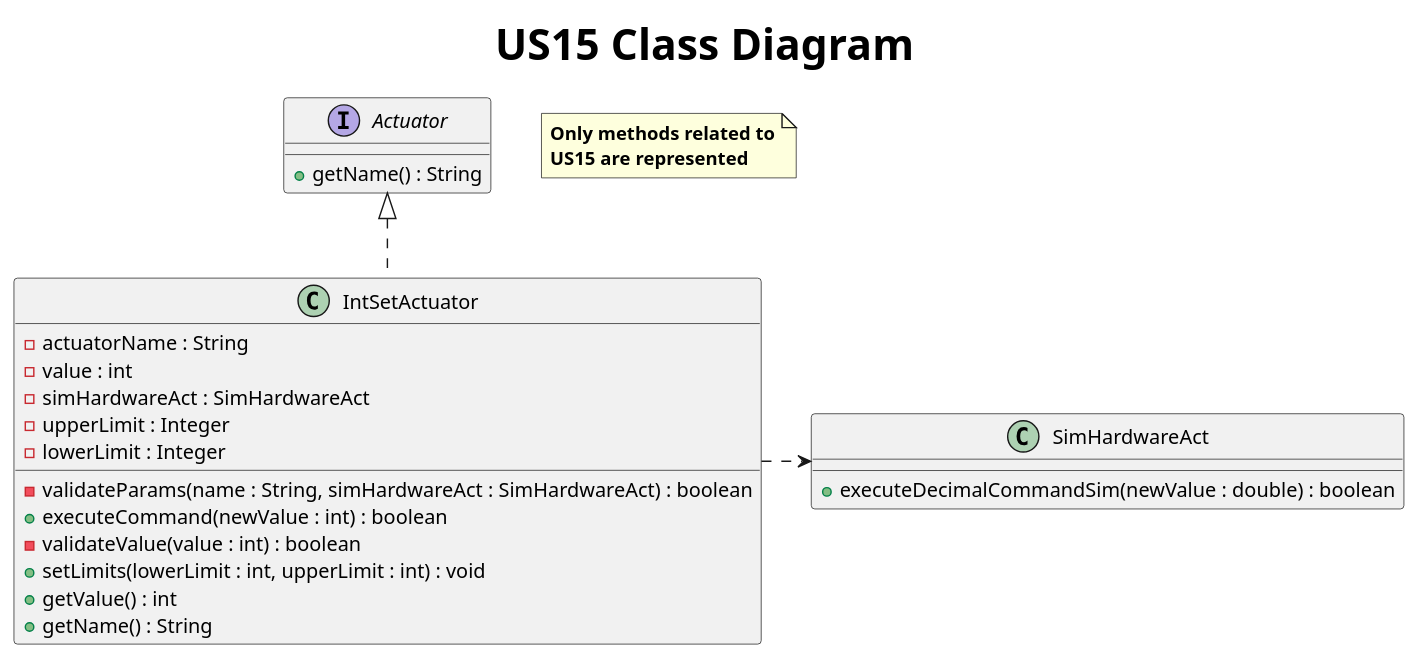
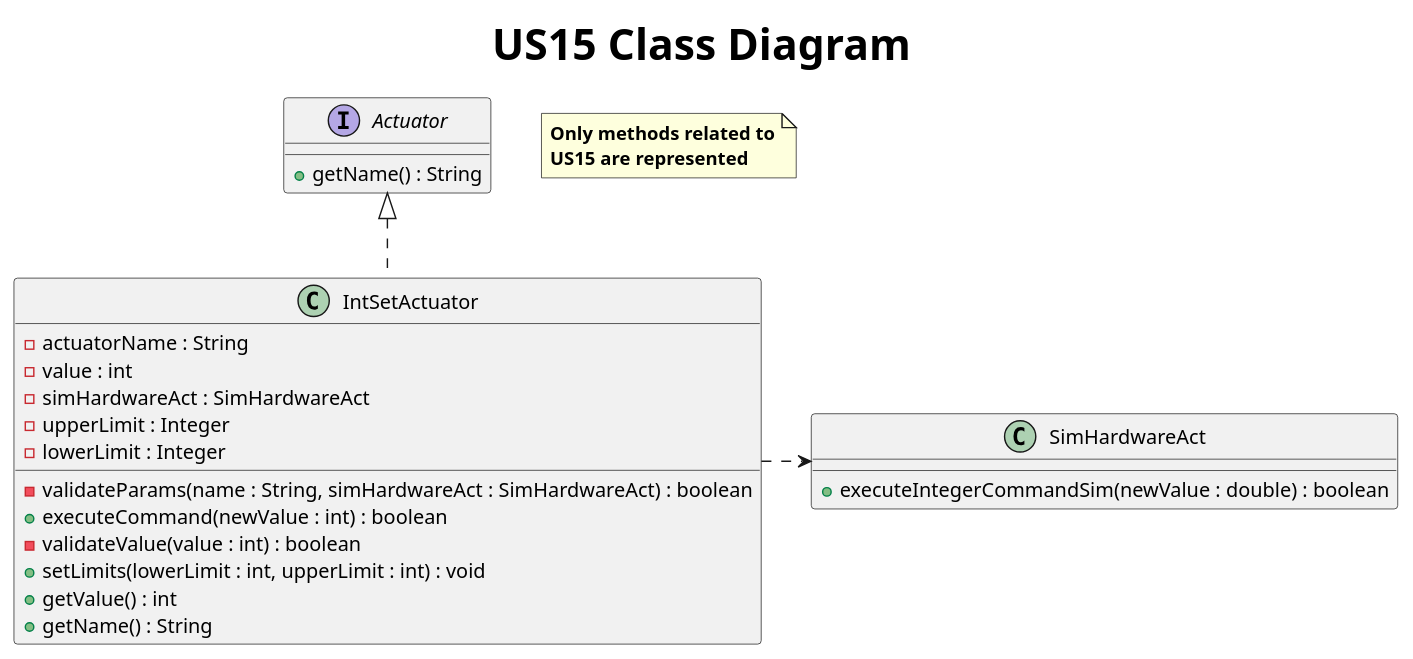
One commit to AfonsoNeves77/smartHouse changed the diagram in Docs/US15/S3US15ClassDiagram.puml. Above: the diagram before and after it, drawn with PlantUML.

Commit message:
Correction to method name in diagram

```diff
--- a/Docs/US15/S3US15ClassDiagram.puml
+++ b/Docs/US15/S3US15ClassDiagram.puml
@@ -1,31 +1,31 @@
 @startuml
 title <size: 30> US15 Class Diagram
 
 note "<b>Only methods related to\n<b>US15 are represented" as 1
 interface Actuator {
     + getName() : String
 }
 
 class SimHardwareAct {
-     + executeDecimalCommandSim(newValue : double) : boolean
+     + executeIntegerCommandSim(newValue : double) : boolean
 }
 
 class IntSetActuator {
     - actuatorName : String
     - value : int
     - simHardwareAct : SimHardwareAct
     - upperLimit : Integer
     - lowerLimit : Integer
 
     - validateParams(name : String, simHardwareAct : SimHardwareAct) : boolean
     + executeCommand(newValue : int) : boolean
     - validateValue(value : int) : boolean
     + setLimits(lowerLimit : int, upperLimit : int) : void
     + getValue() : int
     + getName() : String
 }
 
 Actuator <|.. IntSetActuator
 IntSetActuator .right.> SimHardwareAct
 
 @enduml
```
